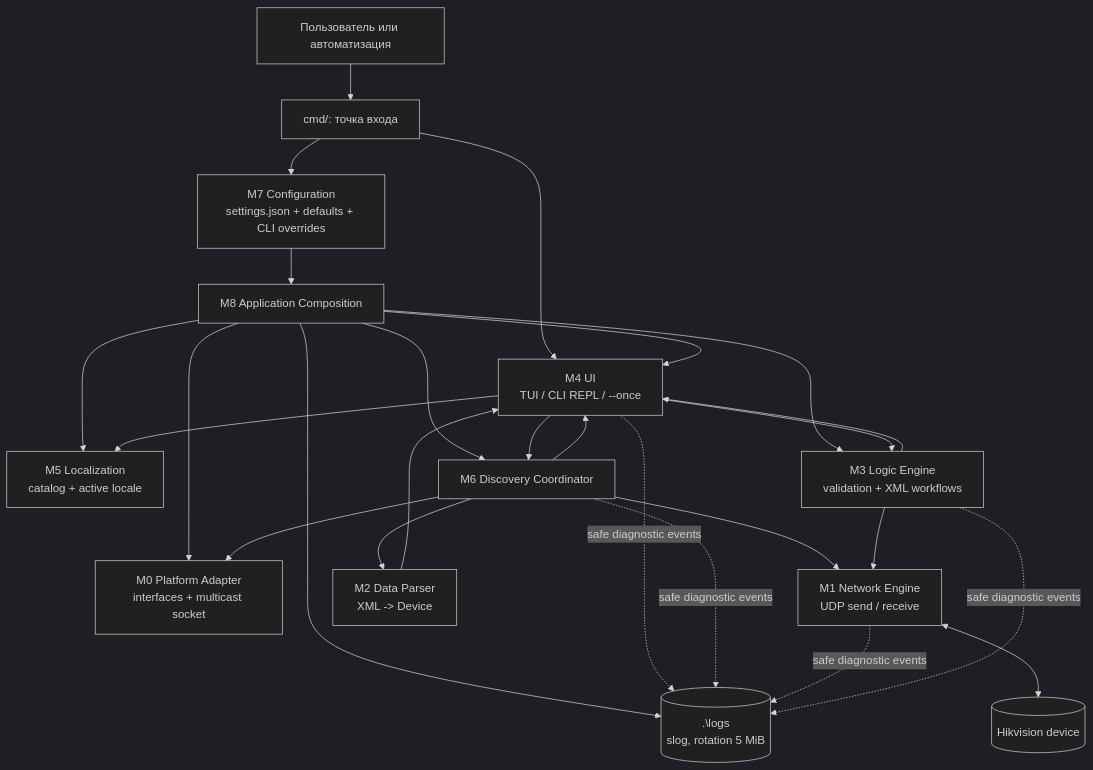
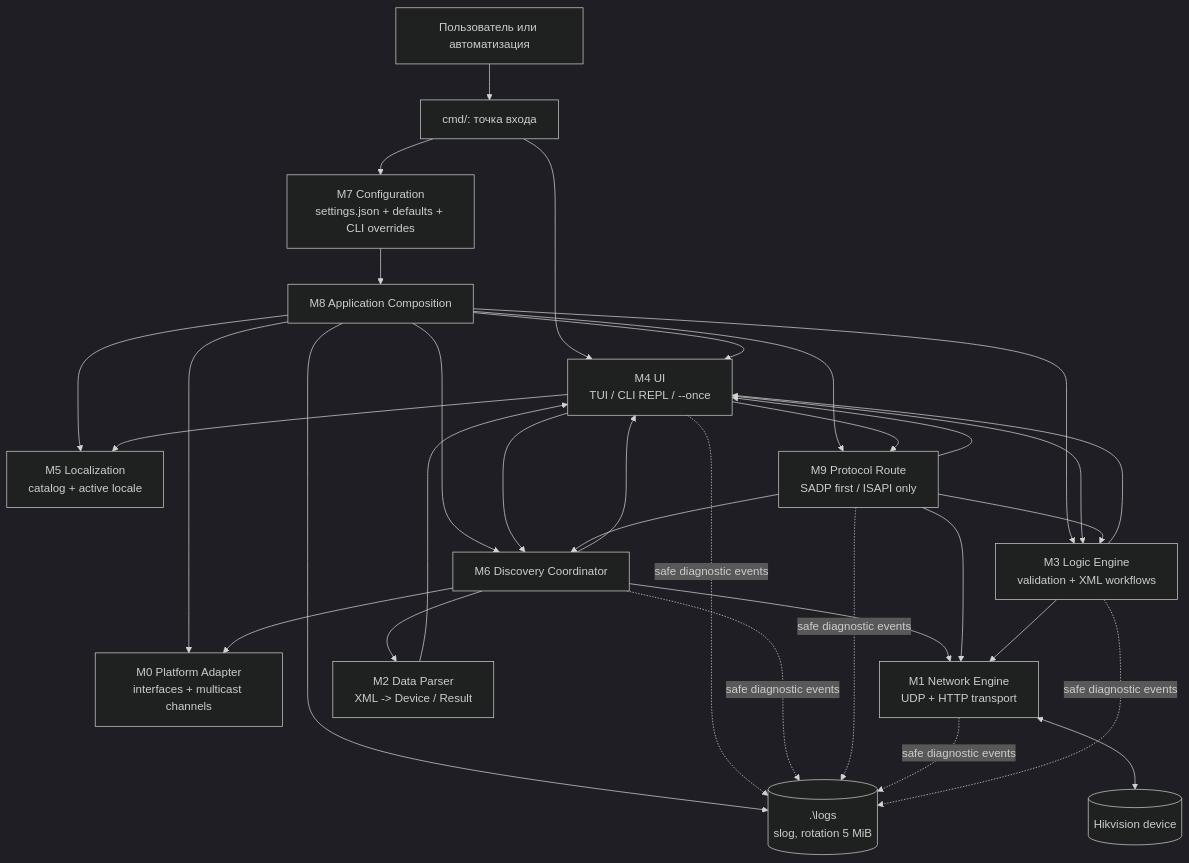
The first of 8 diagrams in docs/ru/WORKFLOW.md (CDSRaBot/sadp-handler.GO), drawn with Mermaid (dark theme) before and after one commit. The commit also changed other lines of this file, not shown here.

````diff
--- a/docs/ru/WORKFLOW.md
+++ b/docs/ru/WORKFLOW.md
@@ -14,43 +16,51 @@
 ```mermaid
 flowchart TB
     User[Пользователь или автоматизация]
     Entry[cmd/: точка входа]
     UI[M4 UI<br/>TUI / CLI REPL / --once]
     App[M8 Application Composition]
     Config[M7 Configuration<br/>settings.json + defaults + CLI overrides]
     I18n[M5 Localization<br/>catalog + active locale]
-    Adapter[M0 Platform Adapter<br/>interfaces + multicast socket]
+    Adapter[M0 Platform Adapter<br/>interfaces + multicast channels]
     Discovery[M6 Discovery Coordinator]
-    Network[M1 Network Engine<br/>UDP send / receive]
-    Parser[M2 Data Parser<br/>XML -> Device]
+    Route[M9 Protocol Route<br/>SADP first / ISAPI only]
+    Network[M1 Network Engine<br/>UDP + HTTP transport]
+    Parser[M2 Data Parser<br/>XML -> Device / Result]
     Logic[M3 Logic Engine<br/>validation + XML workflows]
     Device[(Hikvision device)]
     Logger[(.\logs<br/>slog, rotation 5 MiB)]
 
     User --> Entry --> UI
     Entry --> Config
     Config --> App
     App --> UI
     App --> I18n
     App --> Adapter
     App --> Discovery
+    App --> Route
     App --> Logic
     App --> Logger
 
     UI --> Discovery
+    UI --> Route
     UI --> Logic
     UI --> I18n
     Discovery --> Adapter
     Discovery --> Network
     Discovery --> Parser
+    Route --> Discovery
+    Route --> Network
+    Route --> Logic
     Network <--> Device
     Logic --> Network
     Parser --> UI
     Discovery --> UI
+    Route --> UI
     Logic --> UI
 
     UI -. safe diagnostic events .-> Logger
     Discovery -. safe diagnostic events .-> Logger
+    Route -. safe diagnostic events .-> Logger
     Network -. safe diagnostic events .-> Logger
     Logic -. safe diagnostic events .-> Logger
 ```
````
